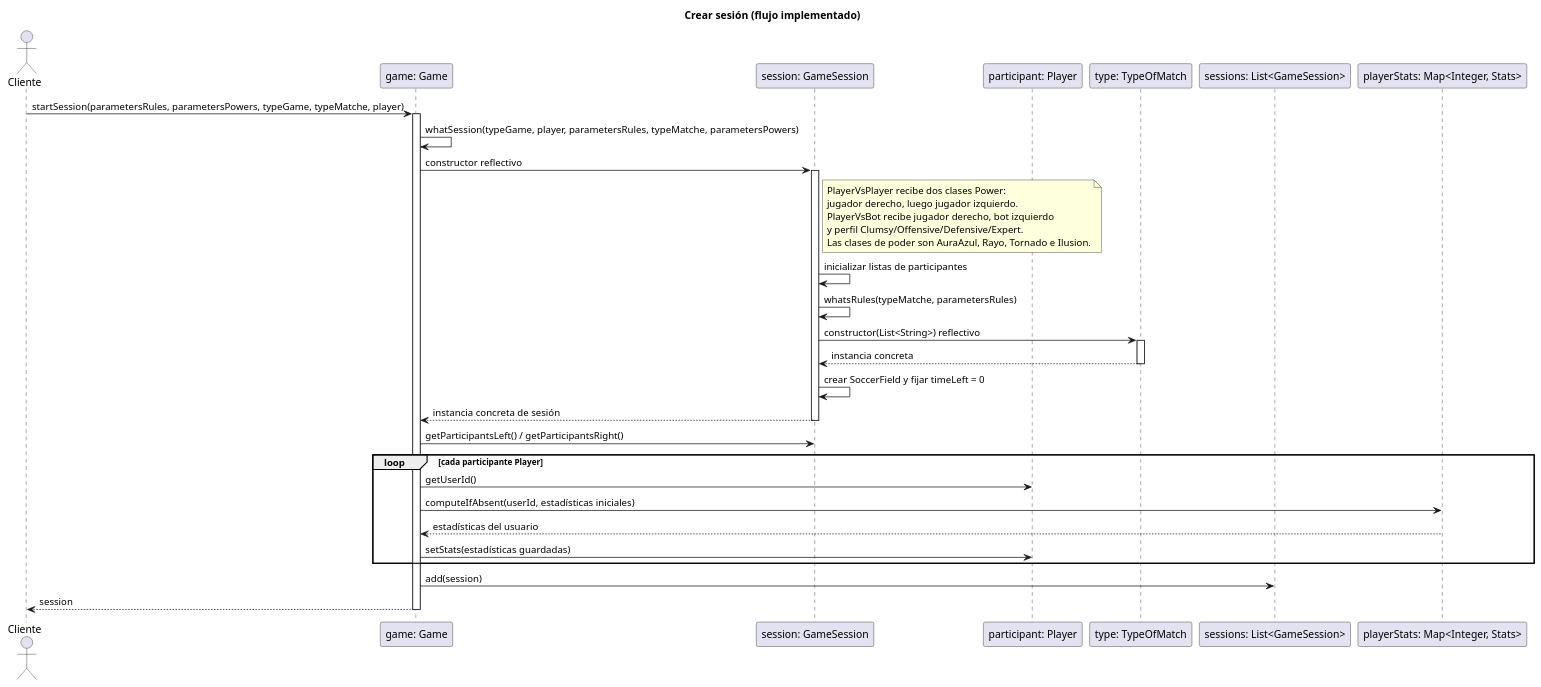
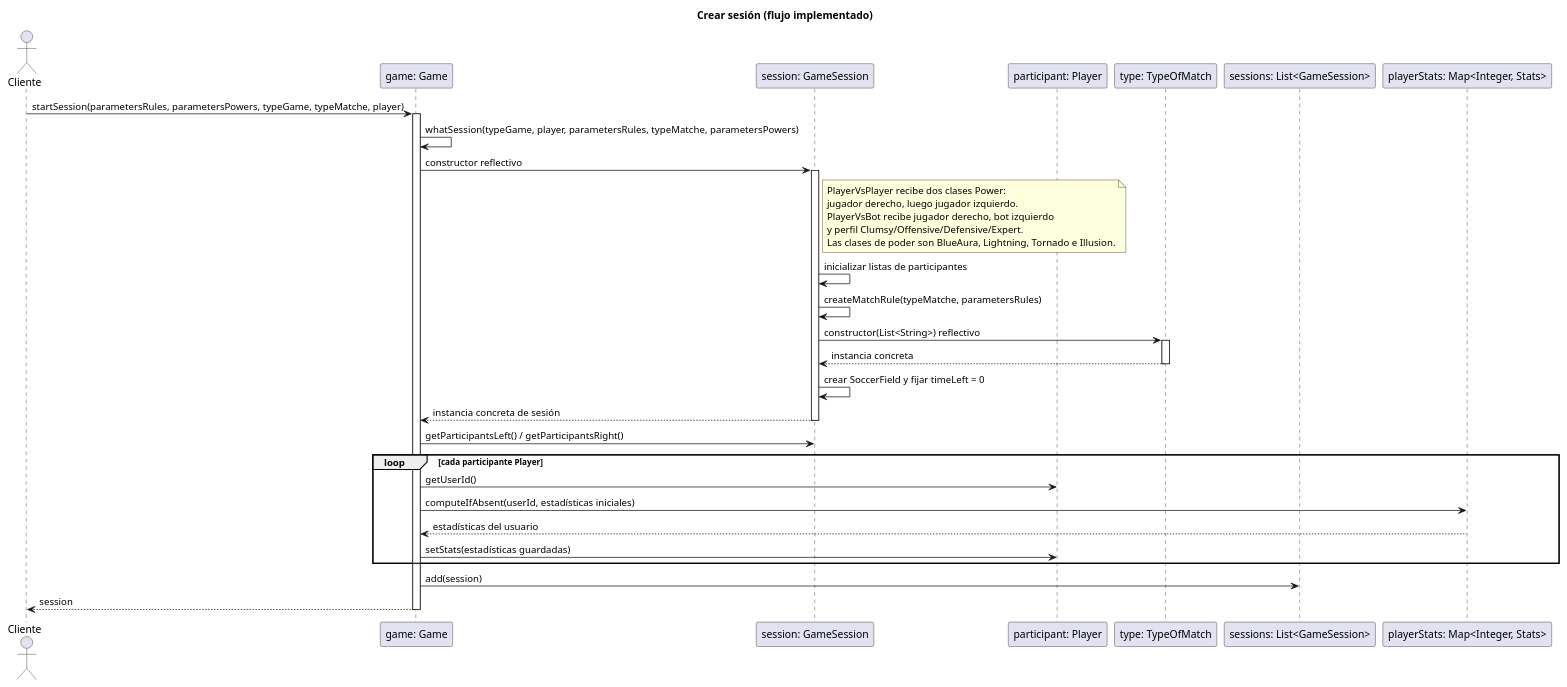
The diagram in docs/uml/start-session-sequence.puml (PaglkG/ProyectoFinal-Dopo), drawn with PlantUML before and after one commit. The commit also changed 41 other files, not shown here.

Commit message:
ajuste de diagrama de clase Game y session

```diff
--- a/docs/uml/start-session-sequence.puml
+++ b/docs/uml/start-session-sequence.puml
@@ -1,38 +1,38 @@
 @startuml
 title Crear sesión (flujo implementado)
 actor Cliente
 participant "game: Game" as G
 participant "session: GameSession" as S
 participant "participant: Player" as P
 participant "type: TypeOfMatch" as T
 participant "sessions: List<GameSession>" as L
 participant "playerStats: Map<Integer, Stats>" as M
 
 Cliente -> G: startSession(parametersRules, parametersPowers, typeGame, typeMatche, player)
 activate G
 G -> G: whatSession(typeGame, player, parametersRules, typeMatche, parametersPowers)
 G -> S ++: constructor reflectivo
 note right of S
   PlayerVsPlayer recibe dos clases Power:
   jugador derecho, luego jugador izquierdo.
   PlayerVsBot recibe jugador derecho, bot izquierdo
   y perfil Clumsy/Offensive/Defensive/Expert.
-  Las clases de poder son AuraAzul, Rayo, Tornado e Ilusion.
+  Las clases de poder son BlueAura, Lightning, Tornado e Illusion.
 end note
 S -> S: inicializar listas de participantes
-S -> S: whatsRules(typeMatche, parametersRules)
+S -> S: createMatchRule(typeMatche, parametersRules)
 S -> T ++: constructor(List<String>) reflectivo
 T --> S --: instancia concreta
 S -> S: crear SoccerField y fijar timeLeft = 0
 S --> G --: instancia concreta de sesión
 G -> S: getParticipantsLeft() / getParticipantsRight()
 loop cada participante Player
   G -> P: getUserId()
   G -> M: computeIfAbsent(userId, estadísticas iniciales)
   M --> G: estadísticas del usuario
   G -> P: setStats(estadísticas guardadas)
 end
 G -> L: add(session)
 G --> Cliente: session
 deactivate G
 @enduml
```
